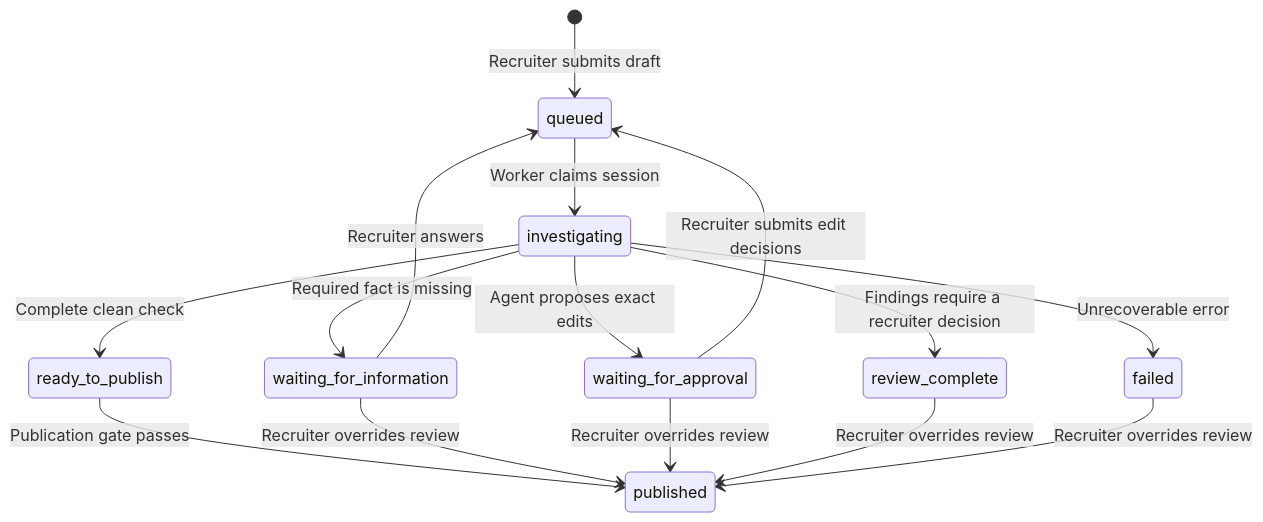
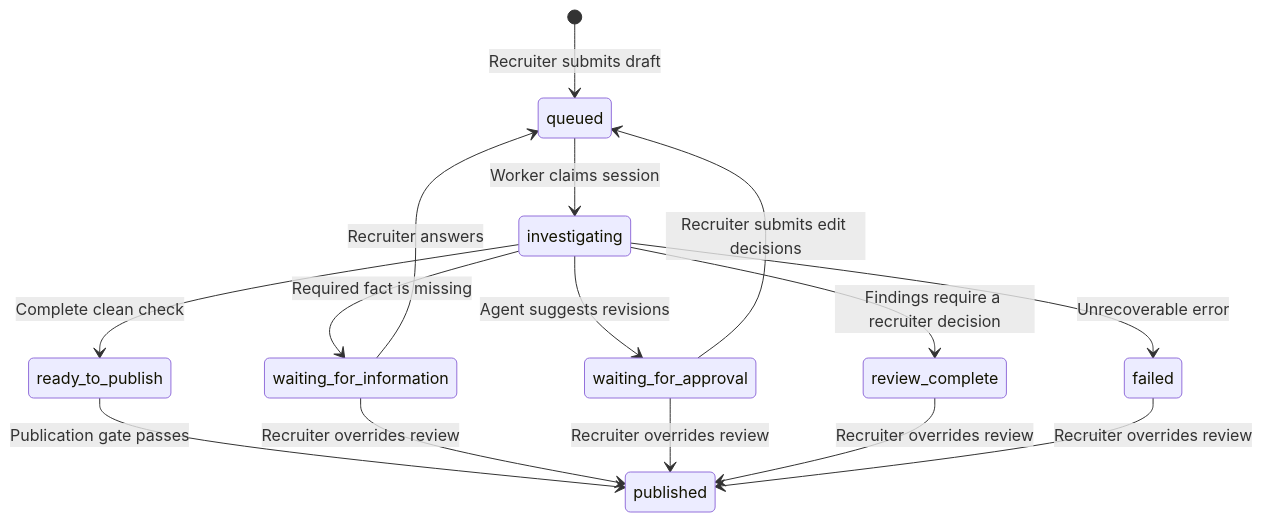
Before and after one commit to Ee-Hsin/policyKit: the second of 2 diagrams in README.md, drawn with Mermaid. The commit also changed other lines of this file, not shown here.

````diff
--- a/README.md
+++ b/README.md
@@ -67,17 +72,17 @@
 ```mermaid
 stateDiagram-v2
     [*] --> queued: Recruiter submits draft
     queued --> investigating: Worker claims session
     investigating --> waiting_for_information: Required fact is missing
     waiting_for_information --> queued: Recruiter answers
-    investigating --> waiting_for_approval: Agent proposes exact edits
+    investigating --> waiting_for_approval: Agent suggests revisions
     waiting_for_approval --> queued: Recruiter submits edit decisions
     investigating --> review_complete: Findings require a recruiter decision
     investigating --> ready_to_publish: Complete clean check
     ready_to_publish --> published: Publication gate passes
     waiting_for_information --> published: Recruiter overrides review
     waiting_for_approval --> published: Recruiter overrides review
     review_complete --> published: Recruiter overrides review
     investigating --> failed: Unrecoverable error
     failed --> published: Recruiter overrides review
 ```
````
